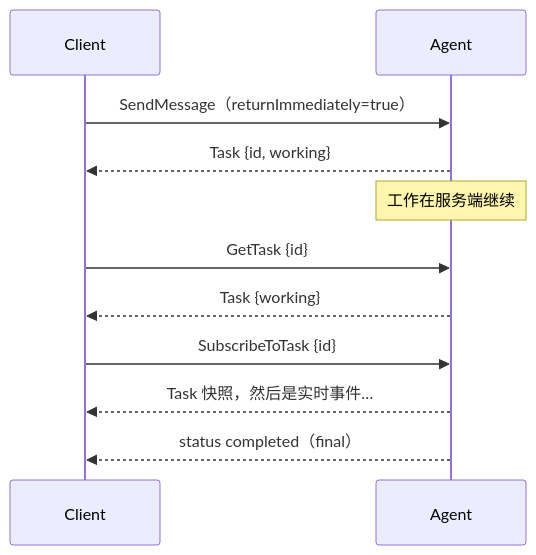
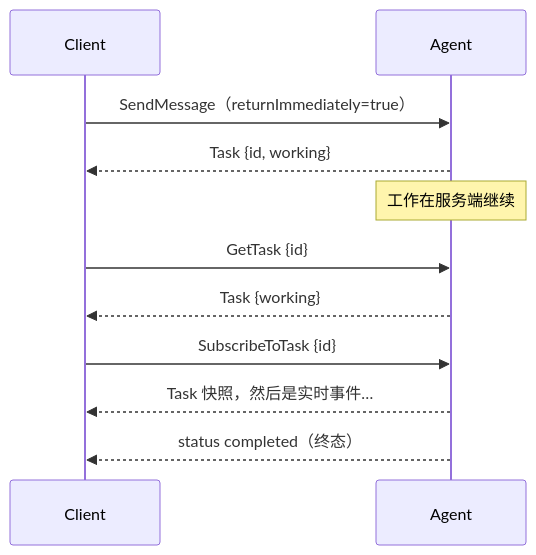
The fourth of 7 diagrams in docs/mkdocs/zh/protocol.md (trpc-group/trpc-a2a-go), drawn with Mermaid before and after one commit. The commit also changed other lines of this file and 1 other file, not shown here.

````diff
--- a/docs/mkdocs/zh/protocol.md
+++ b/docs/mkdocs/zh/protocol.md
@@ -142,13 +146,13 @@
 ```mermaid
 sequenceDiagram
     participant C as Client
     participant A as Agent
     C->>A: SendMessage（returnImmediately=true）
     A-->>C: Task {id, working}
     Note over A: 工作在服务端继续
     C->>A: GetTask {id}
     A-->>C: Task {working}
     C->>A: SubscribeToTask {id}
     A-->>C: Task 快照，然后是实时事件…
-    A-->>C: status completed（final）
+    A-->>C: status completed（终态）
 ```
````
